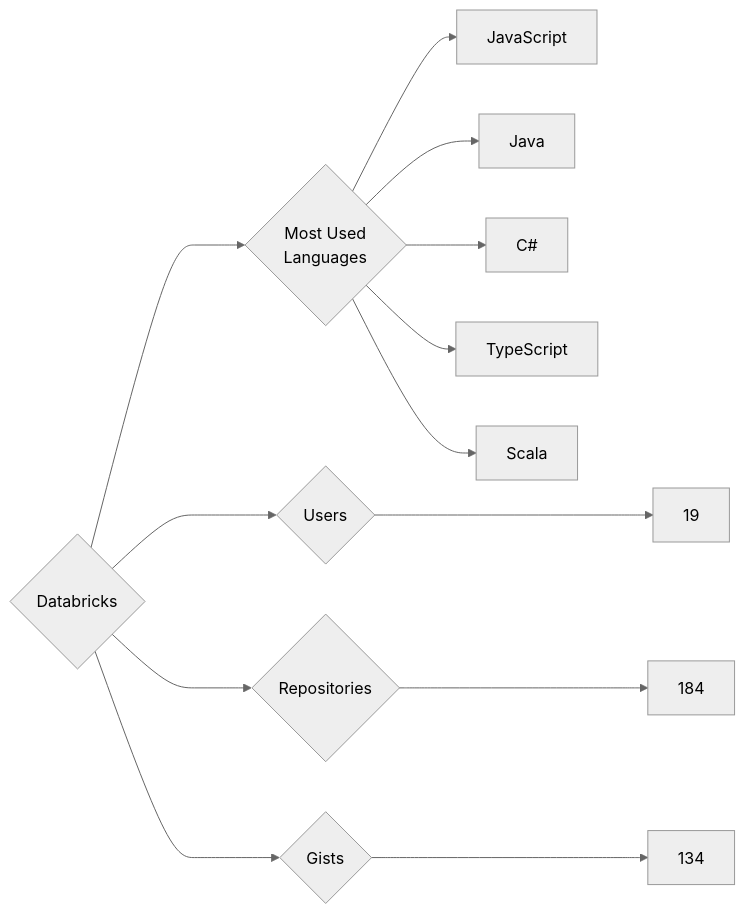
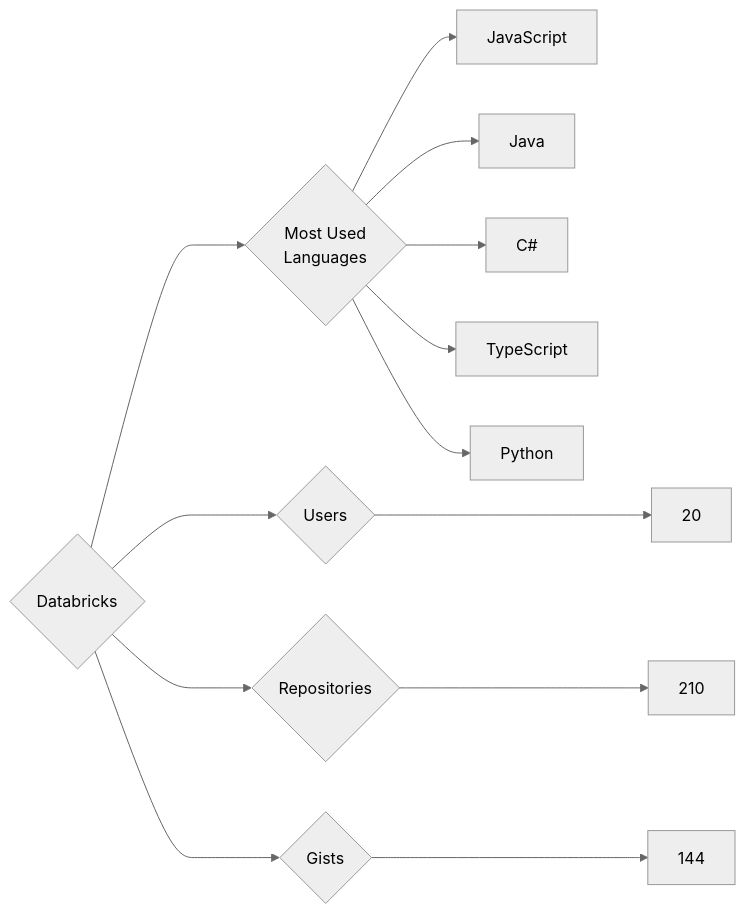
The diagram in targets/Databricks/README.md (trickest/insiders), drawn with Mermaid (neutral theme) before and after one commit. The commit also changed 728 other files, not shown here.

````diff
--- a/targets/Databricks/README.md
+++ b/targets/Databricks/README.md
@@ -3,13 +3,13 @@
 ```mermaid
 graph LR
 COMPANY_NAME{Databricks}
-COMPANY_NAME ---> U{Users} ---> UN[19]
-COMPANY_NAME ---> R{Repositories} ---> RN[184]
-COMPANY_NAME ---> G{Gists} ---> GN[134]
+COMPANY_NAME ---> U{Users} ---> UN[20]
+COMPANY_NAME ---> R{Repositories} ---> RN[210]
+COMPANY_NAME ---> G{Gists} ---> GN[144]
 COMPANY_NAME ---> ML{Most Used<br>Languages}
 ML --> JavaScript[JavaScript]
 ML --> Java[Java]
 ML --> C#[C#]
 ML --> TypeScript[TypeScript]
-ML --> Scala[Scala]
+ML --> Python[Python]
 ```
````
